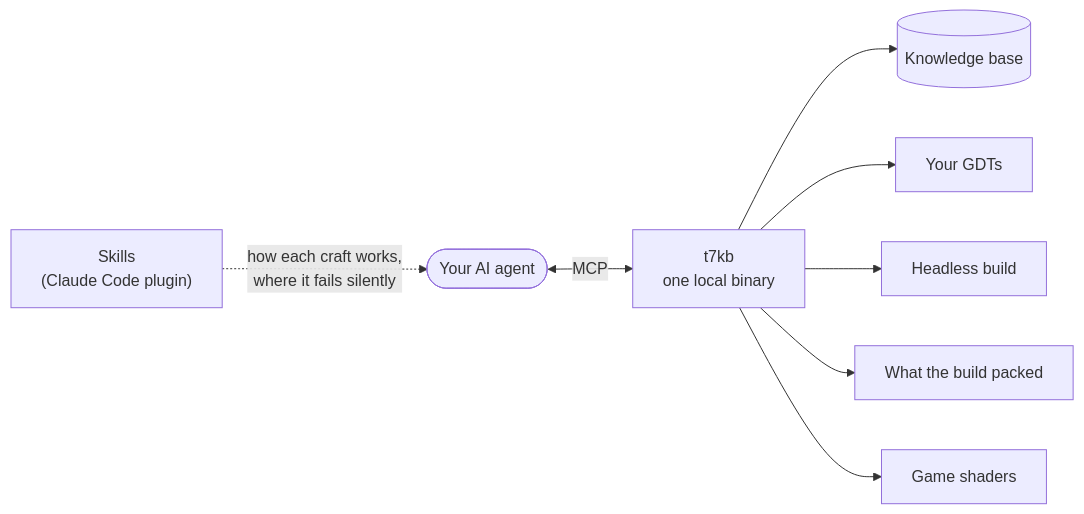
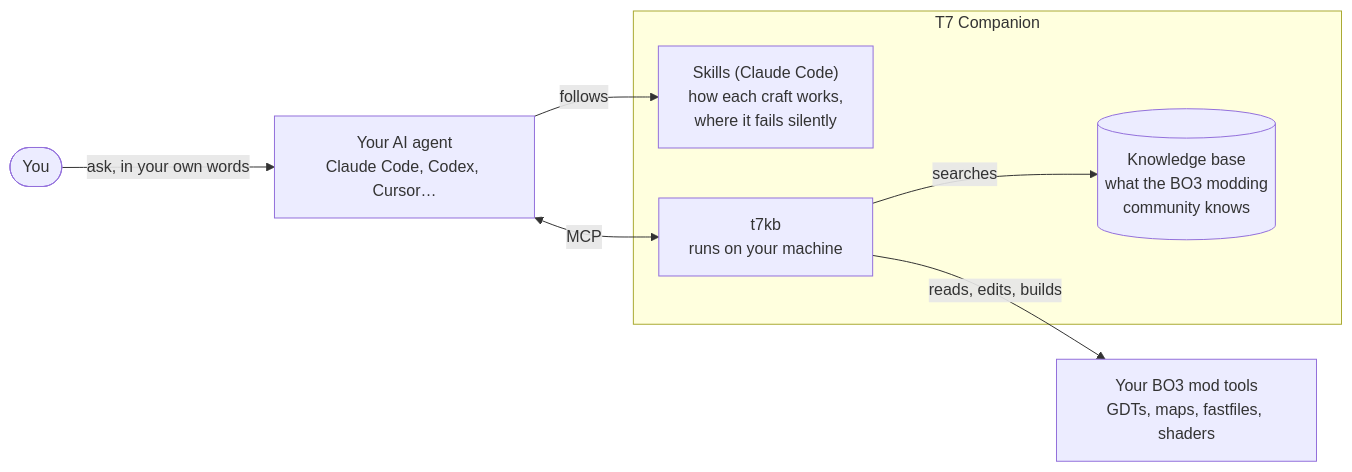
Before and after one commit to McReaper/t7_companion: the diagram in README.md, drawn with Mermaid. The commit also changed other lines of this file and 2 other files, not shown here.

Commit message:
docs: the README's diagram shows how the pieces fit, and the CLI list moves to docs/cli.md
The diagram listed tools, and every new one would add a node. It now
shows what a newcomer needs and what stays true as tools are added: you
ask your agent; the agent follows the skills and calls t7kb over MCP;
t7kb searches the knowledge base and reads, edits and builds with your
BO3 mod tools. A box marks what T7 Companion brings (skills, t7kb, the
knowledge base) against what the user already has.

The CLI table grows by a line with each command and had pushed the
README to its 750-word budget; it moves to docs/cli.md, its reader at a
terminal, and the README's CLI section points there (668 words now).
CLAUDE.md says where a new command goes, and that a new tool adds no
node to the diagram.

Claude-Session: https://claude.ai/code/session_01NEZdzS5riXKxmU4xsWrNv8

````diff
--- a/README.md
+++ b/README.md
@@ -31,10 +31,13 @@
 ```mermaid
 flowchart LR
-    S["Skills<br/>(Claude Code plugin)"] -. "how each craft works,<br/>where it fails silently" .-> A([Your AI agent])
-    A <-->|MCP| T["t7kb<br/>one local binary"]
-    T --> K[("Knowledge base")]
-    T --> G["Your GDTs"]
-    T --> B["Headless build"]
-    T --> Z["What the build packed"]
-    T --> H["Game shaders"]
+    U(["You"]) -->|"ask, in your own words"| A["Your AI agent<br/>Claude Code, Codex, Cursor…"]
+    subgraph TC["T7 Companion"]
+        S["Skills (Claude Code)<br/>how each craft works,<br/>where it fails silently"]
+        T["t7kb<br/>runs on your machine"]
+        K[("Knowledge base<br/>what the BO3 modding<br/>community knows")]
+    end
+    A -->|"follows"| S
+    A <-->|"MCP"| T
+    T -->|"searches"| K
+    T -->|"reads, edits, builds"| I["Your BO3 mod tools<br/>GDTs, maps, fastfiles, shaders"]
 ```
````
